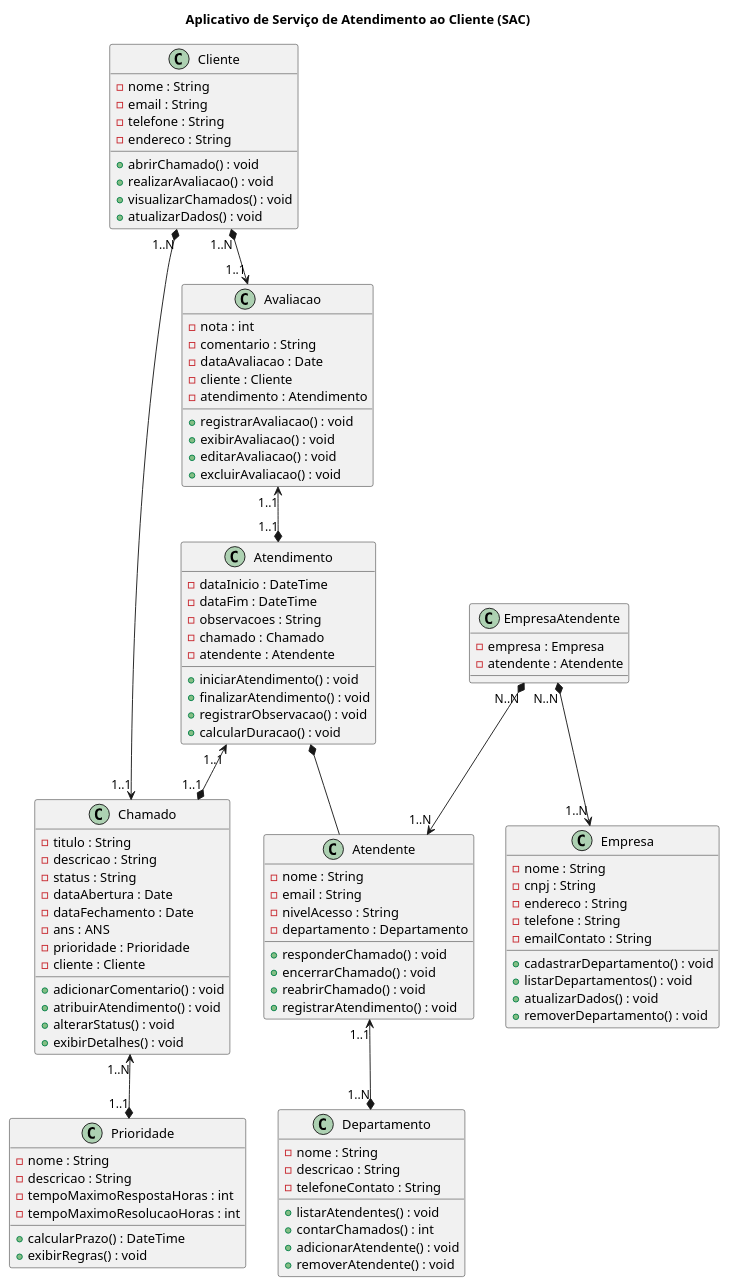
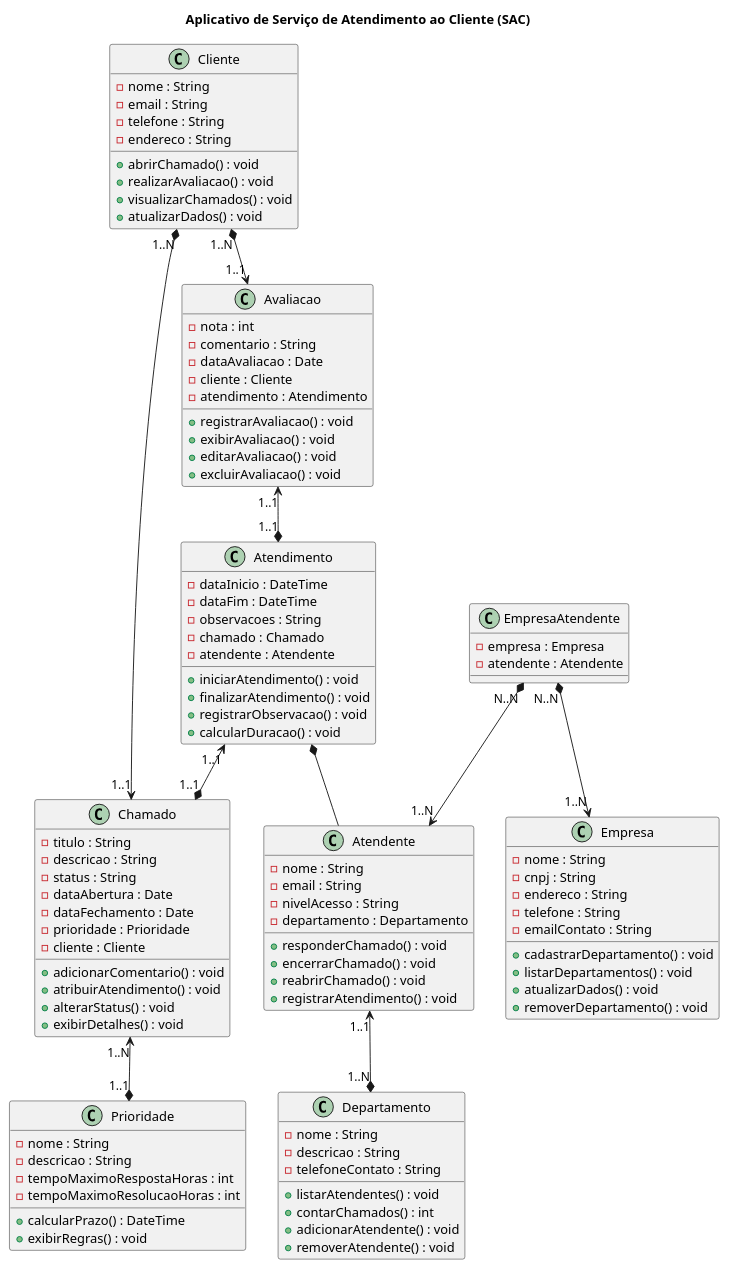
The diagram in docs/diagrama.plantuml (anleaes/2025-2-SDM-Sexta-Manha-ZS-14), drawn with PlantUML before and after one commit. The commit also changed 2 other files, not shown here.

```diff
--- a/docs/diagrama.plantuml
+++ b/docs/diagrama.plantuml
@@ -1,115 +1,114 @@
 @startuml
 title Aplicativo de Serviço de Atendimento ao Cliente (SAC)
 
 class Cliente {
   - nome : String
   - email : String
   - telefone : String
   - endereco : String
   + abrirChamado() : void
   + realizarAvaliacao() : void
   + visualizarChamados() : void
   + atualizarDados() : void
 }
 
 class Chamado {
   - titulo : String
   - descricao : String
   - status : String
   - dataAbertura : Date
   - dataFechamento : Date
-  - ans : ANS
   - prioridade : Prioridade
   - cliente : Cliente
   + adicionarComentario() : void
   + atribuirAtendimento() : void
   + alterarStatus() : void
   + exibirDetalhes() : void
 }
 
 class Prioridade {
   - nome : String
   - descricao : String
   - tempoMaximoRespostaHoras : int
   - tempoMaximoResolucaoHoras : int
   + calcularPrazo() : DateTime
   + exibirRegras() : void
 }
 
 
 
 
 class Departamento {
   - nome : String
   - descricao : String
   - telefoneContato : String
   + listarAtendentes() : void
   + contarChamados() : int
   + adicionarAtendente() : void
   + removerAtendente() : void
 }
 
 class Atendimento {
   - dataInicio : DateTime
   - dataFim : DateTime
   - observacoes : String
   - chamado : Chamado
   - atendente : Atendente
   + iniciarAtendimento() : void
   + finalizarAtendimento() : void
   + registrarObservacao() : void
   + calcularDuracao() : void
 }
 
 class Empresa {
   - nome : String
   - cnpj : String
   - endereco : String
   - telefone : String
   - emailContato : String
   + cadastrarDepartamento() : void
   + listarDepartamentos() : void
   + atualizarDados() : void
   + removerDepartamento() : void
 }
 
 class EmpresaAtendente {
   - empresa : Empresa
   - atendente : Atendente
 }
 
 class Atendente {
   - nome : String
   - email : String
   - nivelAcesso : String
   - departamento : Departamento
   + responderChamado() : void
   + encerrarChamado() : void
   + reabrirChamado() : void
   + registrarAtendimento() : void
 }
 
 class Avaliacao {
   - nota : int
   - comentario : String
   - dataAvaliacao : Date
   - cliente : Cliente
   - atendimento : Atendimento
   + registrarAvaliacao() : void
   + exibirAvaliacao() : void
   + editarAvaliacao() : void
   + excluirAvaliacao() : void
 }
 
 ' ---- RELACIONAMENTOS ----
 Cliente "1..N" *--> "1..1" Chamado 
 Cliente "1..N" *--> "1..1" Avaliacao 
 Avaliacao "1..1" <--* "1..1" Atendimento 
 Atendente "1..1" <--* "1..N" Departamento
 Atendimento "1..1" <--* "1..1" Chamado 
 Atendimento *-- Atendente
 EmpresaAtendente "N..N" *--> "1..N" Atendente 
 EmpresaAtendente "N..N" *--> "1..N" Empresa 
 Chamado "1..N" <--* "1..1" Prioridade 
 
 @enduml
```
